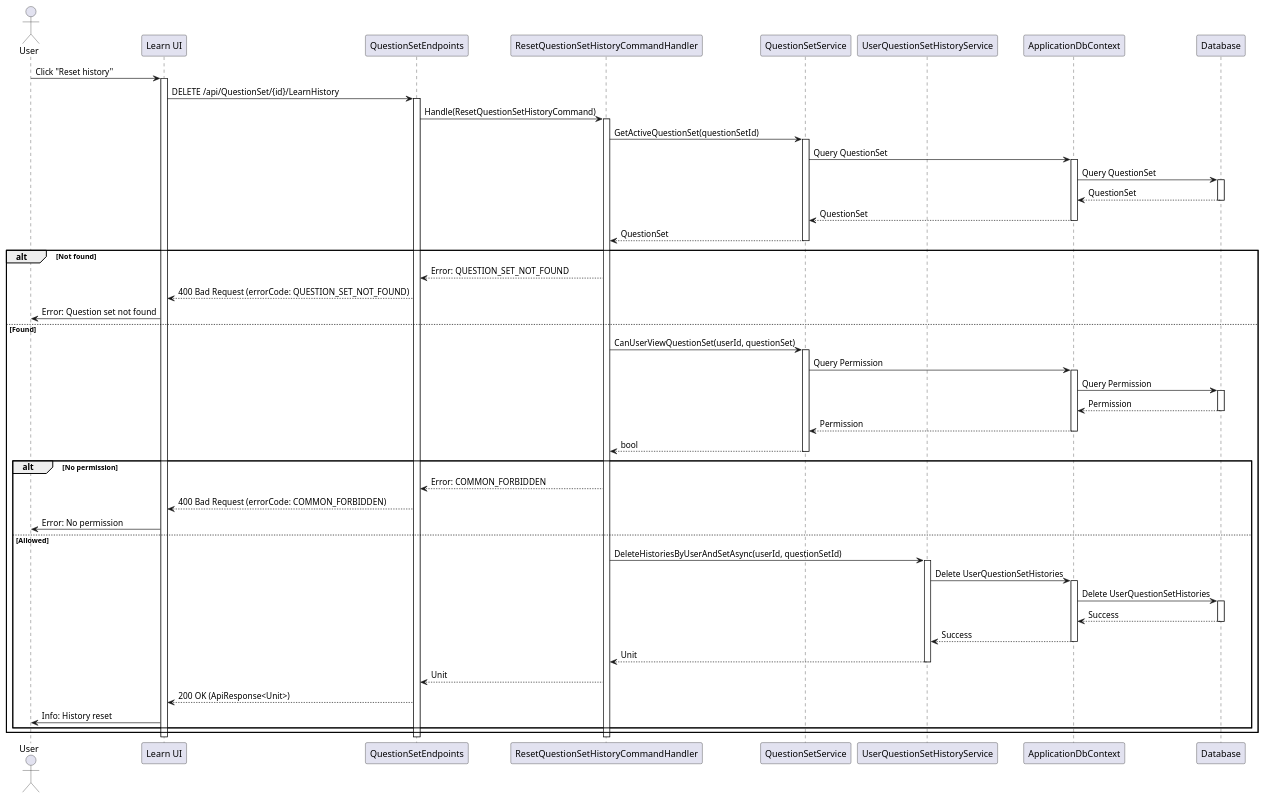
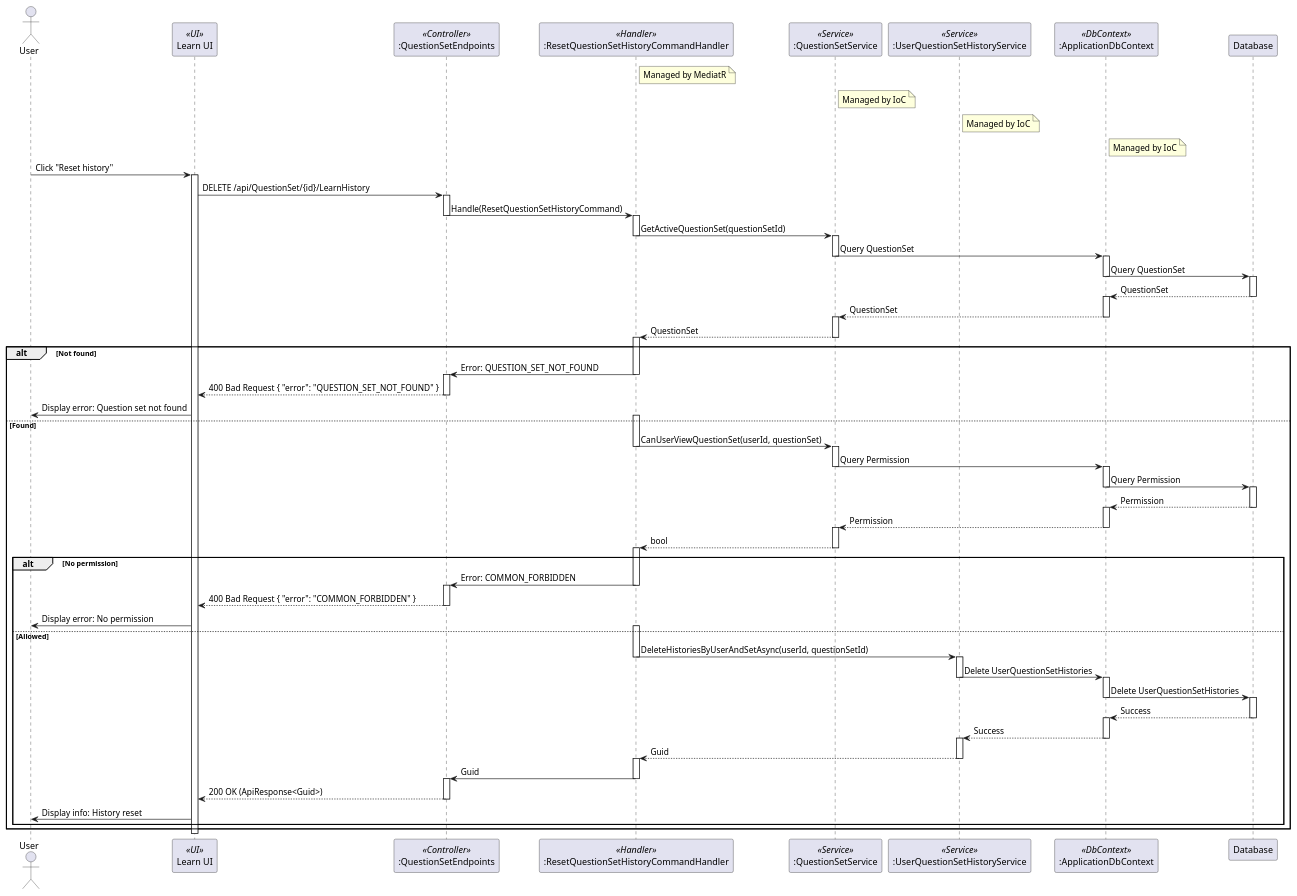
One commit to thanhkhac/SEP_Diagram changed the diagram in QuestionSets/Sequence/ResetQuestionSetHistoryCommand.puml. Above: the diagram before and after it, drawn with PlantUML. The commit also changed 23 other files, not shown here.

Commit message:
Enhance sequence diagrams for QuestionSet and TestTemplate

```diff
--- a/QuestionSets/Sequence/ResetQuestionSetHistoryCommand.puml
+++ b/QuestionSets/Sequence/ResetQuestionSetHistoryCommand.puml
@@ -1,71 +1,116 @@
 @startuml
 actor User
-participant "Learn UI" as UI
-participant QuestionSetEndpoints
-participant ResetQuestionSetHistoryCommandHandler as Handler
-participant QuestionSetService
-participant UserQuestionSetHistoryService
-participant ApplicationDbContext
+participant "Learn UI" as UI <<UI>>
+participant ":QuestionSetEndpoints" as QuestionSetEndpoints <<Controller>>
+participant ":ResetQuestionSetHistoryCommandHandler" as ResetQuestionSetHistoryCommandHandler <<Handler>>
+participant ":QuestionSetService" as QuestionSetService <<Service>>
+participant ":UserQuestionSetHistoryService" as UserQuestionSetHistoryService <<Service>>
+participant ":ApplicationDbContext" as ApplicationDbContext <<DbContext>>
 participant Database
+
+note right of ResetQuestionSetHistoryCommandHandler
+  Managed by MediatR
+end note
+
+note right of QuestionSetService
+  Managed by IoC
+end note
+
+note right of UserQuestionSetHistoryService
+  Managed by IoC
+end note
+
+note right of ApplicationDbContext
+  Managed by IoC
+end note
 
 User -> UI : Click "Reset history"
 activate UI
 UI -> QuestionSetEndpoints : DELETE /api/QuestionSet/{id}/LearnHistory
 activate QuestionSetEndpoints
-QuestionSetEndpoints -> Handler : Handle(ResetQuestionSetHistoryCommand)
-activate Handler
-Handler -> QuestionSetService : GetActiveQuestionSet(questionSetId)
+QuestionSetEndpoints -> ResetQuestionSetHistoryCommandHandler : Handle(ResetQuestionSetHistoryCommand)
+deactivate QuestionSetEndpoints
+activate ResetQuestionSetHistoryCommandHandler
+ResetQuestionSetHistoryCommandHandler -> QuestionSetService : GetActiveQuestionSet(questionSetId)
+deactivate ResetQuestionSetHistoryCommandHandler
 activate QuestionSetService
 QuestionSetService -> ApplicationDbContext : Query QuestionSet
+deactivate QuestionSetService
 activate ApplicationDbContext
 ApplicationDbContext -> Database : Query QuestionSet
+deactivate ApplicationDbContext
 activate Database
 Database --> ApplicationDbContext : QuestionSet
 deactivate Database
+activate ApplicationDbContext
 ApplicationDbContext --> QuestionSetService : QuestionSet
 deactivate ApplicationDbContext
-QuestionSetService --> Handler : QuestionSet
+activate QuestionSetService
+QuestionSetService --> ResetQuestionSetHistoryCommandHandler : QuestionSet
 deactivate QuestionSetService
+activate ResetQuestionSetHistoryCommandHandler
 alt Not found
-    Handler --> QuestionSetEndpoints : Error: QUESTION_SET_NOT_FOUND
-    QuestionSetEndpoints --> UI : 400 Bad Request (errorCode: QUESTION_SET_NOT_FOUND)
-    UI -> User : Error: Question set not found
+    ResetQuestionSetHistoryCommandHandler -> QuestionSetEndpoints : Error: QUESTION_SET_NOT_FOUND
+    deactivate ResetQuestionSetHistoryCommandHandler
+    activate QuestionSetEndpoints
+    QuestionSetEndpoints --> UI : 400 Bad Request { "error": "QUESTION_SET_NOT_FOUND" }
+    deactivate QuestionSetEndpoints
+    UI -> User : Display error: Question set not found
 else Found
-    Handler -> QuestionSetService : CanUserViewQuestionSet(userId, questionSet)
+    activate ResetQuestionSetHistoryCommandHandler
+    ResetQuestionSetHistoryCommandHandler -> QuestionSetService : CanUserViewQuestionSet(userId, questionSet)
+    deactivate ResetQuestionSetHistoryCommandHandler
     activate QuestionSetService
     QuestionSetService -> ApplicationDbContext : Query Permission
+    deactivate QuestionSetService
     activate ApplicationDbContext
     ApplicationDbContext -> Database : Query Permission
+    deactivate ApplicationDbContext
     activate Database
     Database --> ApplicationDbContext : Permission
     deactivate Database
+    activate ApplicationDbContext
     ApplicationDbContext --> QuestionSetService : Permission
     deactivate ApplicationDbContext
-    QuestionSetService --> Handler : bool
+    activate QuestionSetService
+    QuestionSetService --> ResetQuestionSetHistoryCommandHandler : bool
     deactivate QuestionSetService
+    activate ResetQuestionSetHistoryCommandHandler
     alt No permission
-        Handler --> QuestionSetEndpoints : Error: COMMON_FORBIDDEN
-        QuestionSetEndpoints --> UI : 400 Bad Request (errorCode: COMMON_FORBIDDEN)
-        UI -> User : Error: No permission
+        ResetQuestionSetHistoryCommandHandler -> QuestionSetEndpoints : Error: COMMON_FORBIDDEN
+        deactivate ResetQuestionSetHistoryCommandHandler
+        activate QuestionSetEndpoints
+        QuestionSetEndpoints --> UI : 400 Bad Request { "error": "COMMON_FORBIDDEN" }
+        deactivate QuestionSetEndpoints
+        UI -> User : Display error: No permission
     else Allowed
-        Handler -> UserQuestionSetHistoryService : DeleteHistoriesByUserAndSetAsync(userId, questionSetId)
+        activate ResetQuestionSetHistoryCommandHandler
+        ResetQuestionSetHistoryCommandHandler -> UserQuestionSetHistoryService : DeleteHistoriesByUserAndSetAsync(userId, questionSetId)
+        deactivate ResetQuestionSetHistoryCommandHandler
         activate UserQuestionSetHistoryService
         UserQuestionSetHistoryService -> ApplicationDbContext : Delete UserQuestionSetHistories
+        deactivate UserQuestionSetHistoryService
         activate ApplicationDbContext
         ApplicationDbContext -> Database : Delete UserQuestionSetHistories
+        deactivate ApplicationDbContext
         activate Database
         Database --> ApplicationDbContext : Success
         deactivate Database
+        activate ApplicationDbContext
         ApplicationDbContext --> UserQuestionSetHistoryService : Success
         deactivate ApplicationDbContext
-        UserQuestionSetHistoryService --> Handler : Unit
+        activate UserQuestionSetHistoryService
+        UserQuestionSetHistoryService --> ResetQuestionSetHistoryCommandHandler : Guid
         deactivate UserQuestionSetHistoryService
-        Handler --> QuestionSetEndpoints : Unit
-        QuestionSetEndpoints --> UI : 200 OK (ApiResponse<Unit>)
-        UI -> User : Info: History reset
+        activate ResetQuestionSetHistoryCommandHandler
+        ResetQuestionSetHistoryCommandHandler -> QuestionSetEndpoints : Guid
+        deactivate ResetQuestionSetHistoryCommandHandler
+        activate QuestionSetEndpoints
+        QuestionSetEndpoints --> UI : 200 OK (ApiResponse<Guid>)
+        deactivate QuestionSetEndpoints
+        UI -> User : Display info: History reset
     end
 end
-deactivate Handler
-deactivate QuestionSetEndpoints
 deactivate UI
+
 @enduml
```
